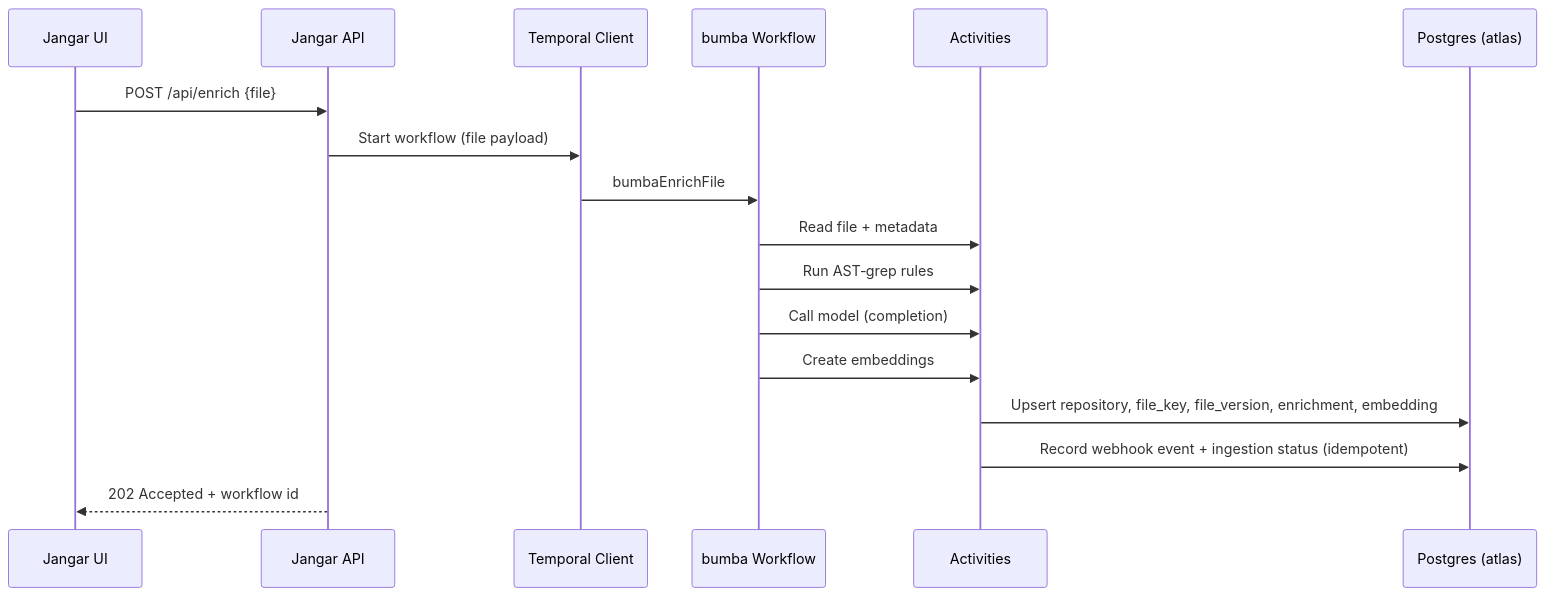
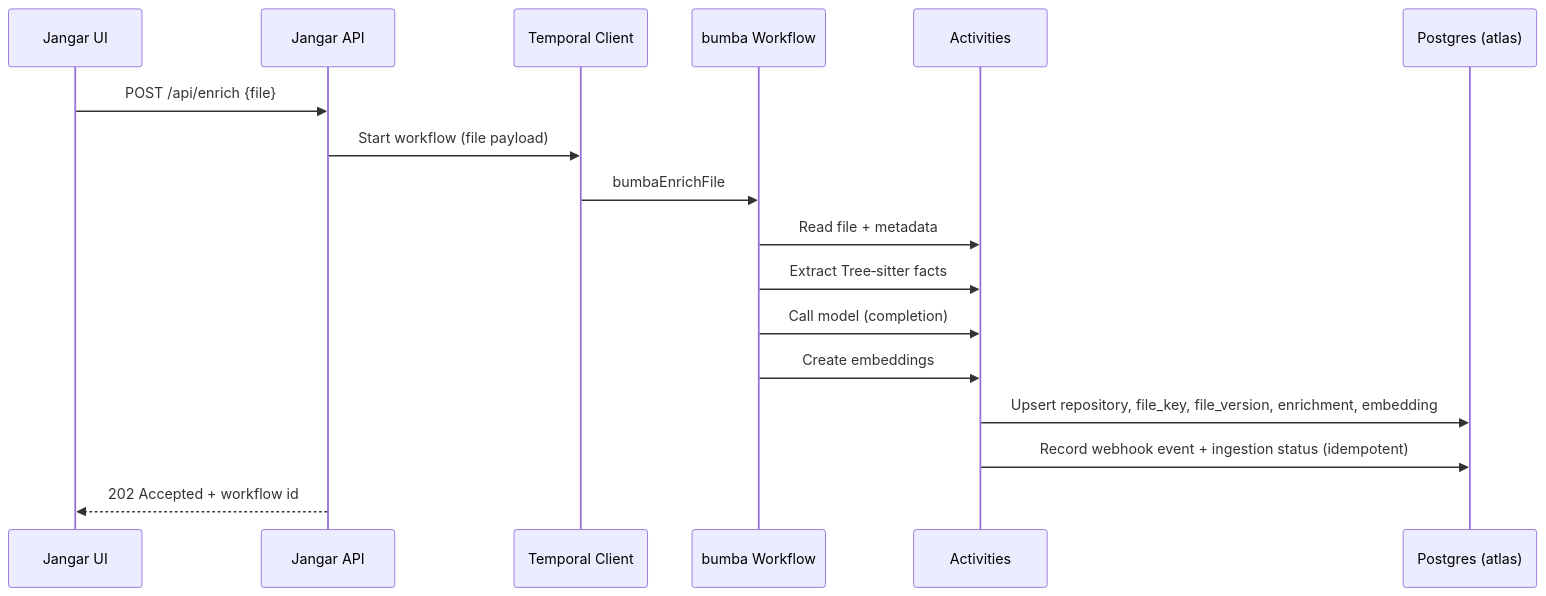
One commit to proompteng/lab changed the third of 3 diagrams in docs/atlas-indexing.md. Above: the diagram before and after it, drawn with Mermaid. The commit also changed other lines of this file, not shown here.

Commit message:
docs: switch atlas extraction to tree-sitter

````diff
--- a/docs/atlas-indexing.md
+++ b/docs/atlas-indexing.md
@@ -156,20 +178,20 @@
 ```mermaid
 sequenceDiagram
   participant UI as Jangar UI
   participant API as Jangar API
   participant TC as Temporal Client
   participant WF as bumba Workflow
   participant ACT as Activities
   participant DB as Postgres (atlas)
 
   UI->>API: POST /api/enrich {file}
   API->>TC: Start workflow (file payload)
   TC->>WF: bumbaEnrichFile
   WF->>ACT: Read file + metadata
-  WF->>ACT: Run AST‑grep rules
+  WF->>ACT: Extract Tree‑sitter facts
   WF->>ACT: Call model (completion)
   WF->>ACT: Create embeddings
   ACT->>DB: Upsert repository, file_key, file_version, enrichment, embedding
   ACT->>DB: Record webhook event + ingestion status (idempotent)
   API-->>UI: 202 Accepted + workflow id
 ```
````
